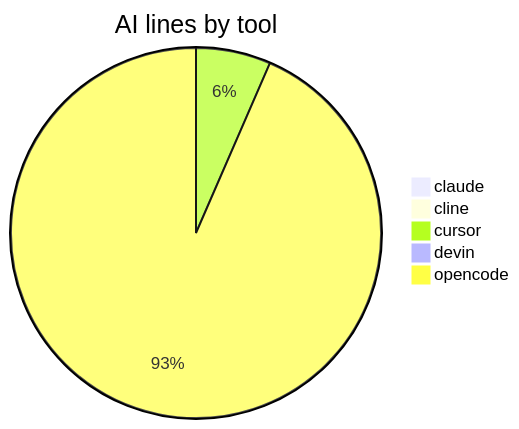
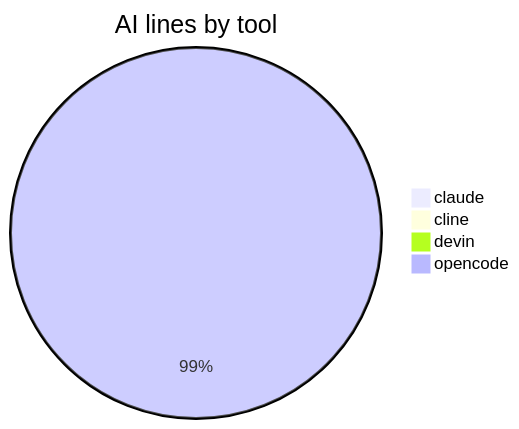
One commit to CaliMark/game-of-life changed the third of 5 diagrams in AI-AUTHORSHIP.md. Above: the diagram before and after it, drawn with Mermaid. The commit also changed other lines of this file and 1 other file, not shown here.

````diff
--- a/AI-AUTHORSHIP.md
+++ b/AI-AUTHORSHIP.md
@@ -47,8 +45,7 @@
 ```mermaid
 pie title AI lines by tool
     "claude" : 1
     "cline" : 2
-    "cursor" : 42
     "devin" : 1
-    "opencode" : 601
+    "opencode" : 608
 ```
````
